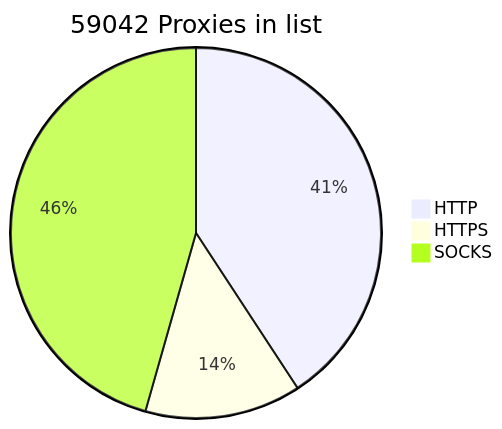
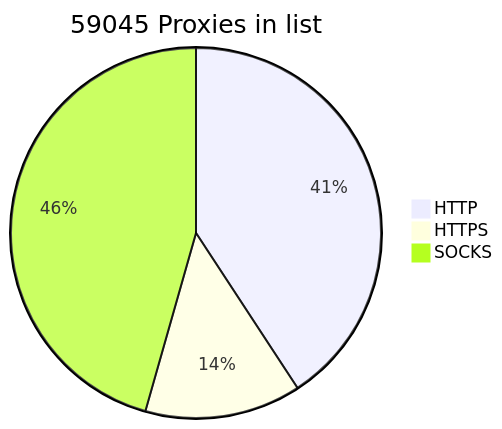
One commit to BlackSnowDot/proxylist-update-every-minute changed the diagram in README.md. Above: the diagram before and after it, drawn with Mermaid.

````diff
--- a/README.md
+++ b/README.md
@@ -2,6 +2,6 @@
 ```mermaid
-pie title 59042 Proxies in list
-    "HTTP" : 27124
-    "HTTPS": 9072
+pie title 59045 Proxies in list
+    "HTTP" : 27126
+    "HTTPS": 9076
     "SOCKS" : 30334
 ```
````
